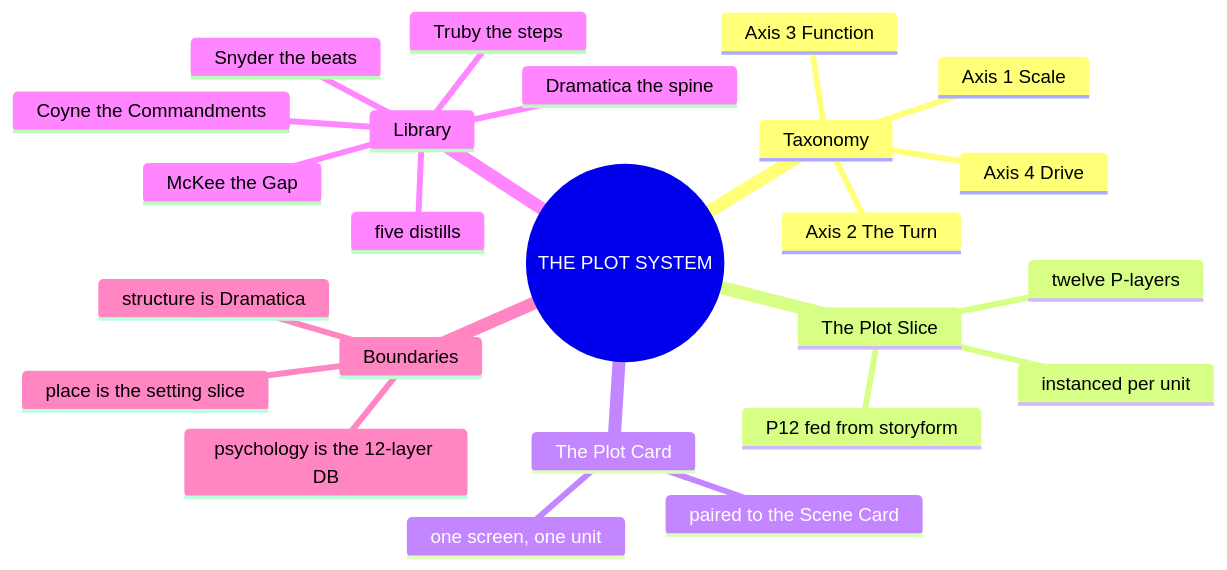
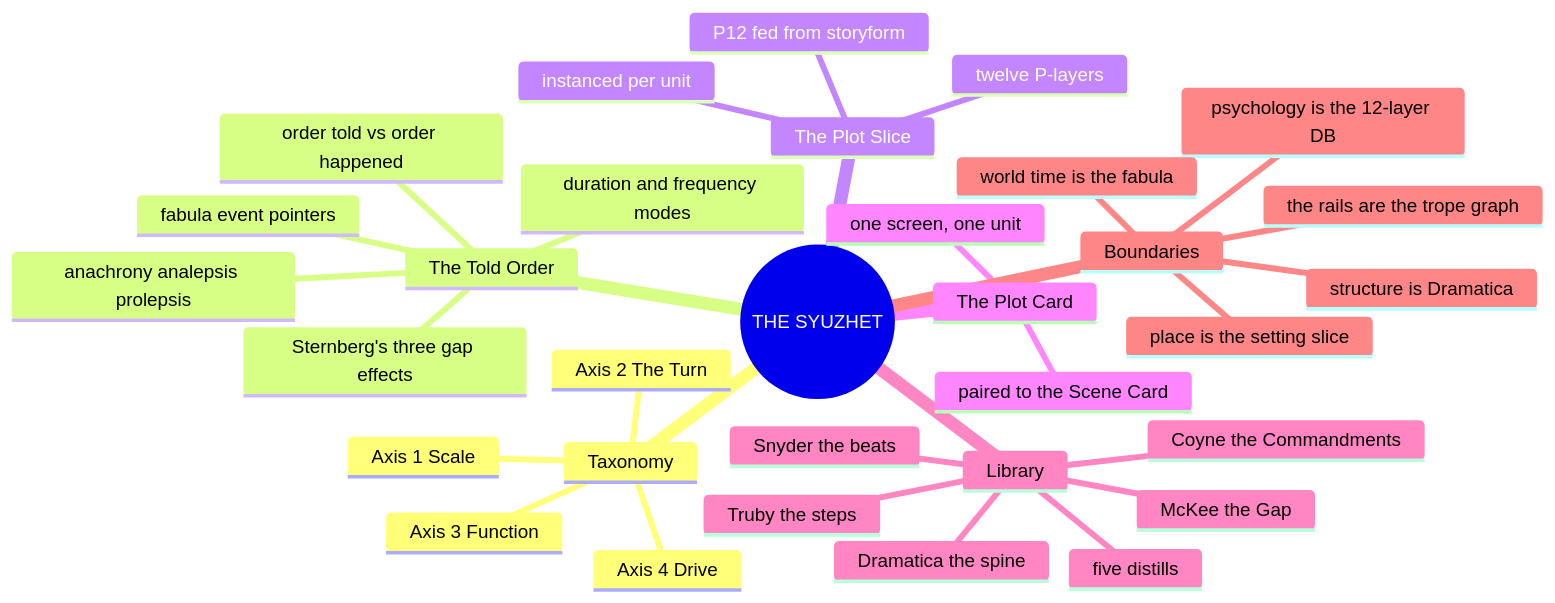
The first of 3 diagrams in ShroomsQ/_CANON/_SSOT/04_PLOT_SYSTEMS/📐 ssot_04_plot_system.md (leechseed/_setsunadev), drawn with Mermaid before and after one commit. The commit also changed other lines of this file and 1 other file, not shown here.

````diff
--- a/ShroomsQ/_CANON/_SSOT/04_PLOT_SYSTEMS/📐 ssot_04_plot_system.md
+++ b/ShroomsQ/_CANON/_SSOT/04_PLOT_SYSTEMS/📐 ssot_04_plot_system.md
@@ -31,27 +33,35 @@
 ```mermaid
 mindmap
-  root((THE PLOT SYSTEM))
+  root((THE SYUZHET))
     Taxonomy
       Axis 1 Scale
       Axis 2 The Turn
       Axis 3 Function
       Axis 4 Drive
+    The Told Order
+      fabula event pointers
+      order told vs order happened
+      anachrony analepsis prolepsis
+      duration and frequency modes
+      Sternberg's three gap effects
     The Plot Slice
       twelve P-layers
       instanced per unit
       P12 fed from storyform
     The Plot Card
       one screen, one unit
       paired to the Scene Card
     Library
       five distills
       Dramatica the spine
       McKee the Gap
       Coyne the Commandments
       Truby the steps
       Snyder the beats
     Boundaries
       structure is Dramatica
       psychology is the 12-layer DB
       place is the setting slice
+      world time is the fabula
+      the rails are the trope graph
 ```
````
